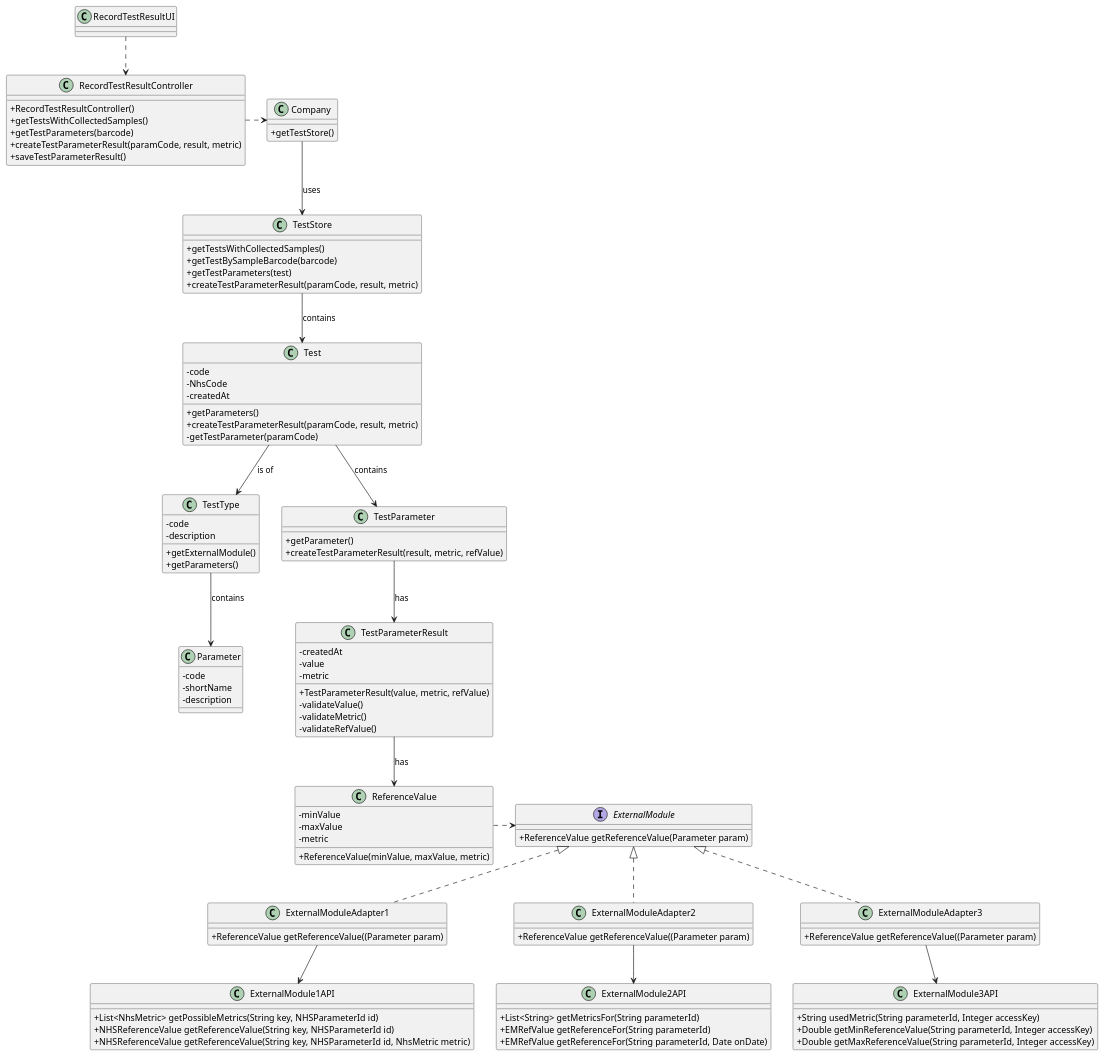
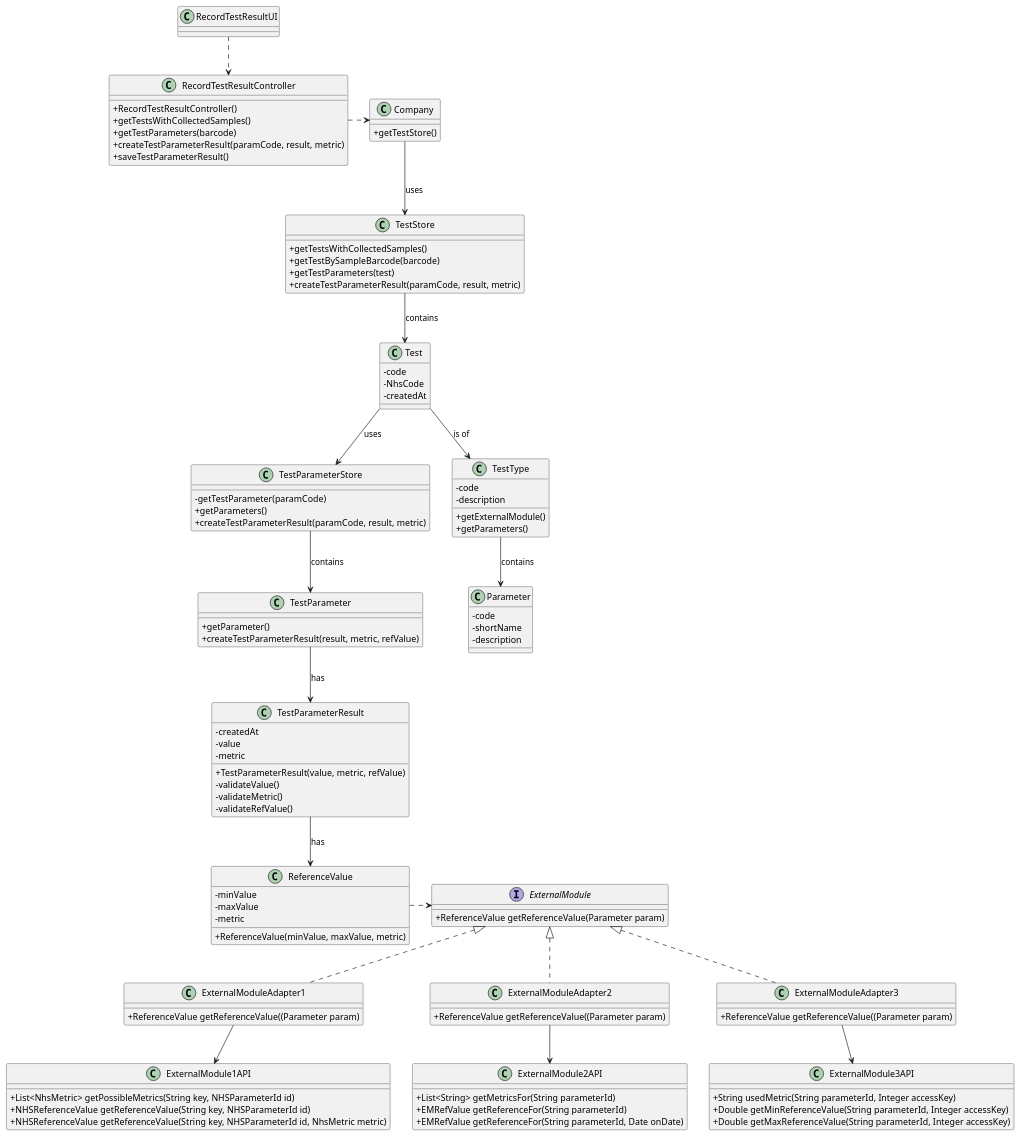
Before and after one commit to MadDinosaur/ISEP-LAPR2: the diagram in docs/SprintC/US12/US12_CD.puml, drawn with PlantUML. The commit also changed 8 other files, not shown here.

Commit message:
Added TestParamStore and Test classes. Developed classes and artifacts related to US12.

```diff
--- a/docs/SprintC/US12/US12_CD.puml
+++ b/docs/SprintC/US12/US12_CD.puml
@@ -1,102 +1,105 @@
 @startuml
 skinparam classAttributeIconSize 0
 class Company {
 + getTestStore()
 }
 class Test {
 -code
 -NhsCode
 -createdAt
+}
+class TestParameterStore {
+- getTestParameter(paramCode)
 + getParameters()
 + createTestParameterResult(paramCode, result, metric)
-- getTestParameter(paramCode)
 }
 class TestType {
 -code
 -description
 + getExternalModule()
 + getParameters()
 }
 class TestParameter {
 + getParameter()
 + createTestParameterResult(result, metric, refValue)
 }
 class TestStore {
 + getTestsWithCollectedSamples()
 + getTestBySampleBarcode(barcode)
 + getTestParameters(test)
 + createTestParameterResult(paramCode, result, metric)
 }
 class Parameter {
 -code
 -shortName
 -description
 }
 class ReferenceValue {
 -minValue
 -maxValue
 -metric
 +ReferenceValue(minValue, maxValue, metric)
 }
 class TestParameterResult {
 -createdAt
 -value
 -metric
 + TestParameterResult(value, metric, refValue)
 - validateValue()
 - validateMetric()
 - validateRefValue()
 }
 interface ExternalModule {
 + ReferenceValue getReferenceValue(Parameter param)
 }
 class ExternalModuleAdapter1 {
 + ReferenceValue getReferenceValue((Parameter param)
 }
 class ExternalModule1API {
 + List<NhsMetric> getPossibleMetrics(String key, NHSParameterId id)
 + NHSReferenceValue getReferenceValue(String key, NHSParameterId id)
 + NHSReferenceValue getReferenceValue(String key, NHSParameterId id, NhsMetric metric)
 }
 class ExternalModuleAdapter2 {
 + ReferenceValue getReferenceValue((Parameter param)
 }
 class ExternalModule2API {
 + List<String> getMetricsFor(String parameterId)
 + EMRefValue getReferenceFor(String parameterId)
 + EMRefValue getReferenceFor(String parameterId, Date onDate)
 }
 class ExternalModuleAdapter3 {
 + ReferenceValue getReferenceValue((Parameter param)
 }
 class ExternalModule3API {
 + String usedMetric(String parameterId, Integer accessKey)
 + Double getMinReferenceValue(String parameterId, Integer accessKey)
 + Double getMaxReferenceValue(String parameterId, Integer accessKey)
 }
 class RecordTestResultUI
 class RecordTestResultController {
 + RecordTestResultController()
 + getTestsWithCollectedSamples()
 + getTestParameters(barcode)
 + createTestParameterResult(paramCode, result, metric)
 + saveTestParameterResult()
 }
 
 RecordTestResultUI ..> RecordTestResultController
 RecordTestResultController .right.> Company
 Company --> TestStore : uses
 TestStore --> Test : contains
 ReferenceValue .right.> ExternalModule
-Test --> TestParameter : contains
+Test --> TestParameterStore: uses
+TestParameterStore --> TestParameter : contains
 Test --> TestType : is of
 TestType --> Parameter : contains
 TestParameter --> TestParameterResult : has
 TestParameterResult --> ReferenceValue : has
 ExternalModule <|.. ExternalModuleAdapter1
 ExternalModule <|.. ExternalModuleAdapter2
 ExternalModule <|.. ExternalModuleAdapter3
 ExternalModuleAdapter1 --> ExternalModule1API
 ExternalModuleAdapter2 --> ExternalModule2API
 ExternalModuleAdapter3 --> ExternalModule3API
 @enduml
```
